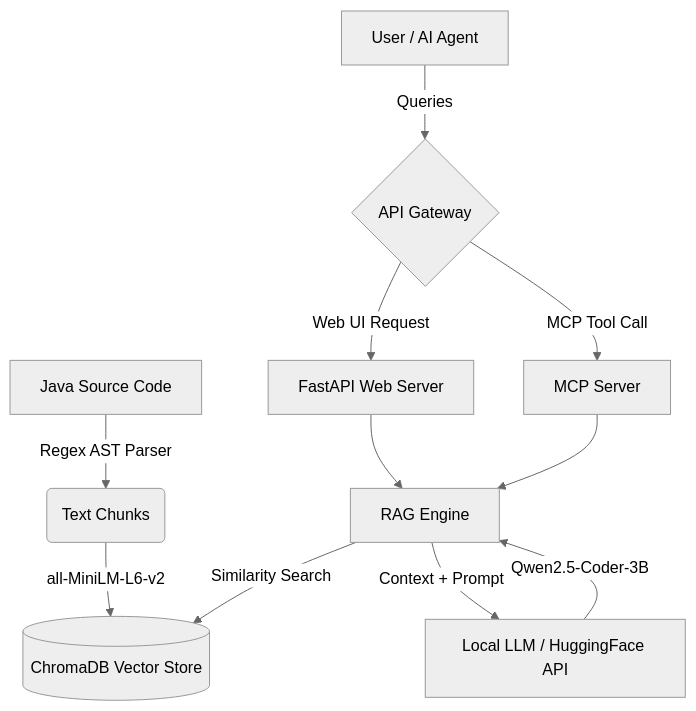
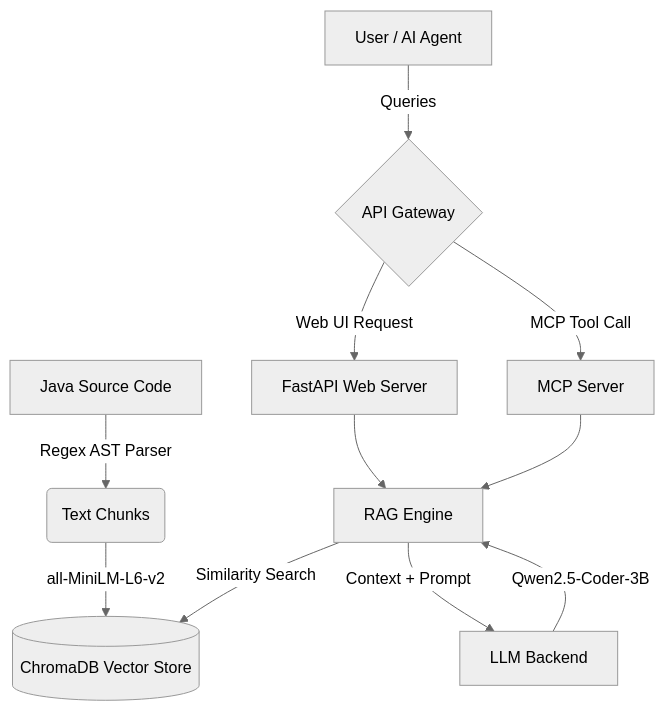
Before and after one commit to professorbruh/Gdrive-Stream-RAG: the diagram in README.md, drawn with Mermaid (neutral theme). The commit also changed other lines of this file, not shown here.

Commit message:
docs: Update README end-to-end with CI/CD, OCI APM, and LLM_MODE configs

````diff
--- a/README.md
+++ b/README.md
@@ -9,17 +9,17 @@
 ```mermaid
 graph TD
     A[Java Source Code] -->|Regex AST Parser| B(Text Chunks)
     B -->|all-MiniLM-L6-v2| C[(ChromaDB Vector Store)]
     
     D[User / AI Agent] -->|Queries| E{API Gateway}
     
     E -->|Web UI Request| F[FastAPI Web Server]
     E -->|MCP Tool Call| G[MCP Server]
     
     F --> H[RAG Engine]
     G --> H
     
     H -->|Similarity Search| C
-    H -->|Context + Prompt| I[Local LLM / HuggingFace API]
+    H -->|Context + Prompt| I[LLM Backend]
     I -->|Qwen2.5-Coder-3B| H
 ```
````
